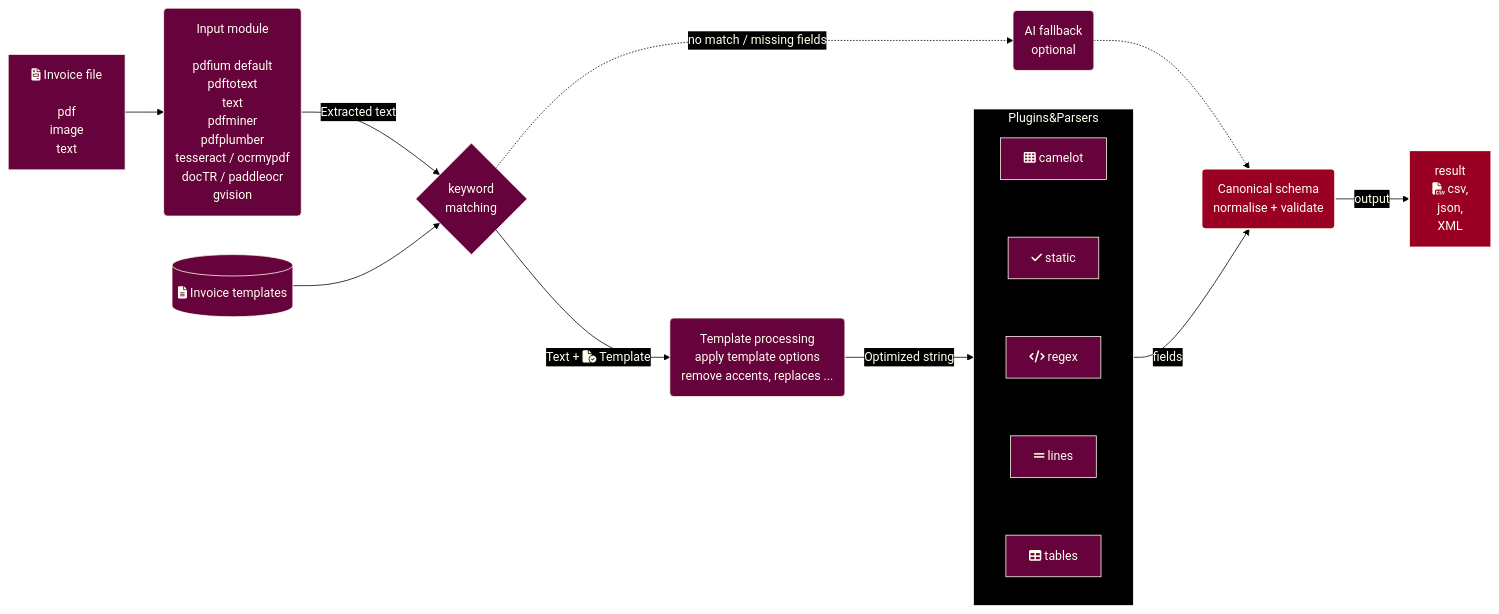
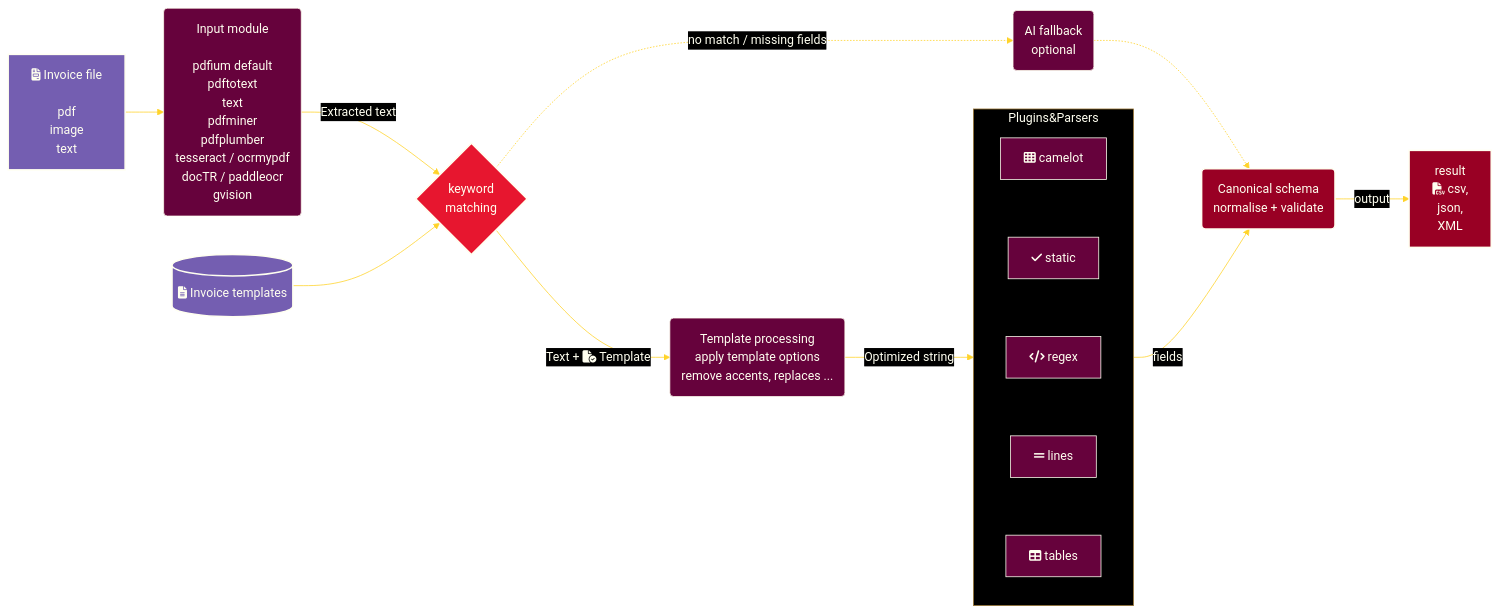
One commit to ryanduguid/invoice2data changed the diagram in docs/how-it-works.md. Above: the diagram before and after it, drawn with Mermaid.

Commit message:
docs: extend Mermaid accent palette (#7)

````diff
--- a/docs/how-it-works.md
+++ b/docs/how-it-works.md
@@ -6,41 +6,45 @@
 ```mermaid
 
 flowchart LR
-%%{init: {"theme": "base", "look": "classic", "themeVariables": {"background": "#000000", "primaryColor": "#66023C", "primaryTextColor": "#FFFFF0", "primaryBorderColor": "#FFFFF0", "lineColor": "#000000", "textColor": "#FFFFF0", "edgeLabelBackground": "#000000", "clusterBkg": "#000000", "clusterBorder": "#FFFFF0", "titleColor": "#FFFFF0"}, "themeCSS": ".flowchart-link, .relationshipLine, marker path { filter: drop-shadow(0px 1px 0px #FFFFF0) drop-shadow(0px -1px 0px #FFFFF0) drop-shadow(1px 0px 0px #FFFFF0) drop-shadow(-1px 0px 0px #FFFFF0); } a { color: #FFFFF0; } .node.clickable .nodeLabel, .node.clickable .nodeLabel p { color: #FFFFF0; text-decoration: underline; }"}}%%
+%%{init: {"theme": "base", "look": "classic", "themeVariables": {"background": "#000000", "primaryColor": "#66023C", "primaryTextColor": "#FFFFF0", "primaryBorderColor": "#FFFFF0", "lineColor": "#FFD32A", "textColor": "#FFFFF0", "edgeLabelBackground": "#000000", "clusterBkg": "#000000", "clusterBorder": "#9B7735", "titleColor": "#FFFFF0"}, "themeCSS": " a { color: #FFFFF0; } .node.clickable .nodeLabel, .node.clickable .nodeLabel p { color: #FFFFF0; text-decoration: underline; }"}}%%
 
     InvoiceFile[fa:fa-file-invoice Invoice file\n\npdf\nimage\ntext] --> Input-module(Input module\n\npdfium default\npdftotext\ntext\npdfminer\npdfplumber\ntesseract / ocrmypdf\ndocTR / paddleocr\ngvision)
 
     Input-module --> |Extracted text| C{keyword\nmatching}
 
     Invoice-Templates[(fa:fa-file-lines Invoice templates)] --> C{keyword\nmatching}
 
     C --> |Text + fa:fa-file-circle-check Template| E(Template processing\napply template options\nremove accents, replaces ...)
 
     E --> |Optimized string| Plugins&Parsers(Plugins + parsers)
 
     subgraph Plugins&Parsers
       direction BT
         tables[fa:fa-table tables] ~~~ lines[fa:fa-grip-lines lines]
         lines ~~~ regex[fa:fa-code regex]
         regex ~~~ static[fa:fa-check static]
         static ~~~ camelot[fa:fa-table-cells camelot]
     end
 
     Plugins&Parsers --> |fields| V(Canonical schema\nnormalise + validate)
     C -.->|no match / missing fields| AI(AI fallback\noptional)
     AI -.-> V
     V --> |output| result[result\nfa:fa-file-csv csv,\njson,\nXML]
 
  click Invoice-Templates "tutorial.html"
  click result "usage.html"
  click Input-module "installation.html"
  click AI "ai.html"
  click E "tutorial.html"
  click tables "tutorial.html"
  click lines "tutorial.html"
  click regex "tutorial.html"
  click static "tutorial.html"
  click camelot "tutorial.html"
     style V fill:#990024,stroke:#FFFFF0,stroke-width:2px,color:#FFFFF0
     style result fill:#990024,stroke:#FFFFF0,stroke-width:2px,color:#FFFFF0
+    classDef external fill:#745EB1,stroke:#FFFFF0,stroke-width:2px,color:#FFFFF0
+    class InvoiceFile,Invoice-Templates external
+    classDef decision fill:#E7162F,stroke:#FFFFF0,stroke-width:2px,color:#FFFFF0
+    class C decision
 ```
````
